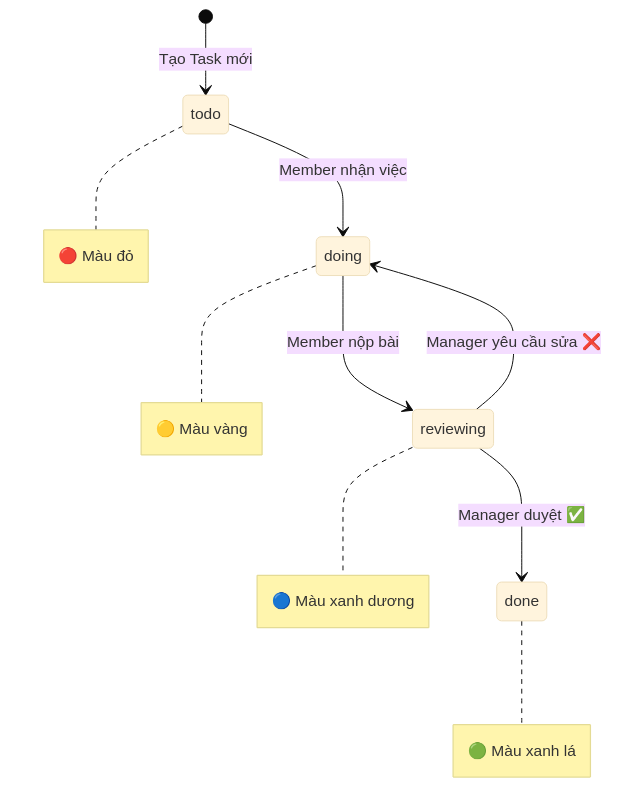
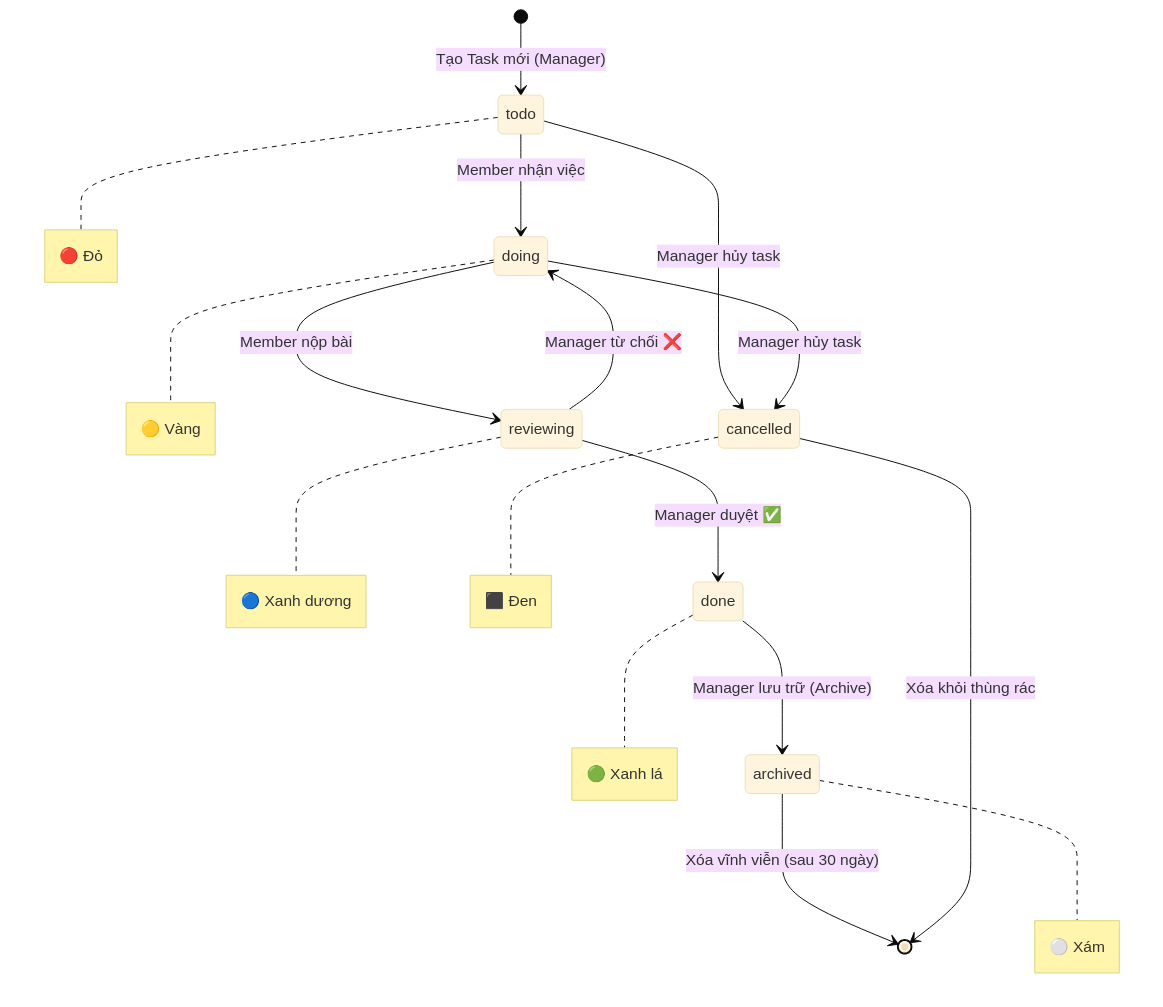
Diagram 13 of 19 in docs/uml_va_luong_hoat_dong.md (ttt-huong/TaskFlow_Huong_Thuong_Cuong_N03_1_2026), drawn with Mermaid (base theme) before and after one commit. The commit also changed other lines of this file and 15 other files, not shown here.

````diff
--- a/docs/uml_va_luong_hoat_dong.md
+++ b/docs/uml_va_luong_hoat_dong.md
@@ -445,13 +475,22 @@
 ```mermaid
 stateDiagram-v2
-    [*] --> todo : Tạo Task mới
+    [*] --> todo : Tạo Task mới (Manager)
     todo --> doing : Member nhận việc
     doing --> reviewing : Member nộp bài
     reviewing --> done : Manager duyệt ✅
-    reviewing --> doing : Manager yêu cầu sửa ❌
-
-    note right of todo : 🔴 Màu đỏ
-    note right of doing : 🟡 Màu vàng
-    note right of reviewing : 🔵 Màu xanh dương
-    note right of done : 🟢 Màu xanh lá
+    reviewing --> doing : Manager từ chối ❌
+    
+    done --> archived : Manager lưu trữ (Archive)
+    archived --> [*] : Xóa vĩnh viễn (sau 30 ngày)
+    
+    todo --> cancelled : Manager hủy task
+    doing --> cancelled : Manager hủy task
+    cancelled --> [*] : Xóa khỏi thùng rác
+    
+    note right of todo : 🔴 Đỏ
+    note right of doing : 🟡 Vàng
+    note right of reviewing : 🔵 Xanh dương
+    note right of done : 🟢 Xanh lá
+    note right of archived : ⚪ Xám
+    note right of cancelled : ⬛ Đen
 ```
````
